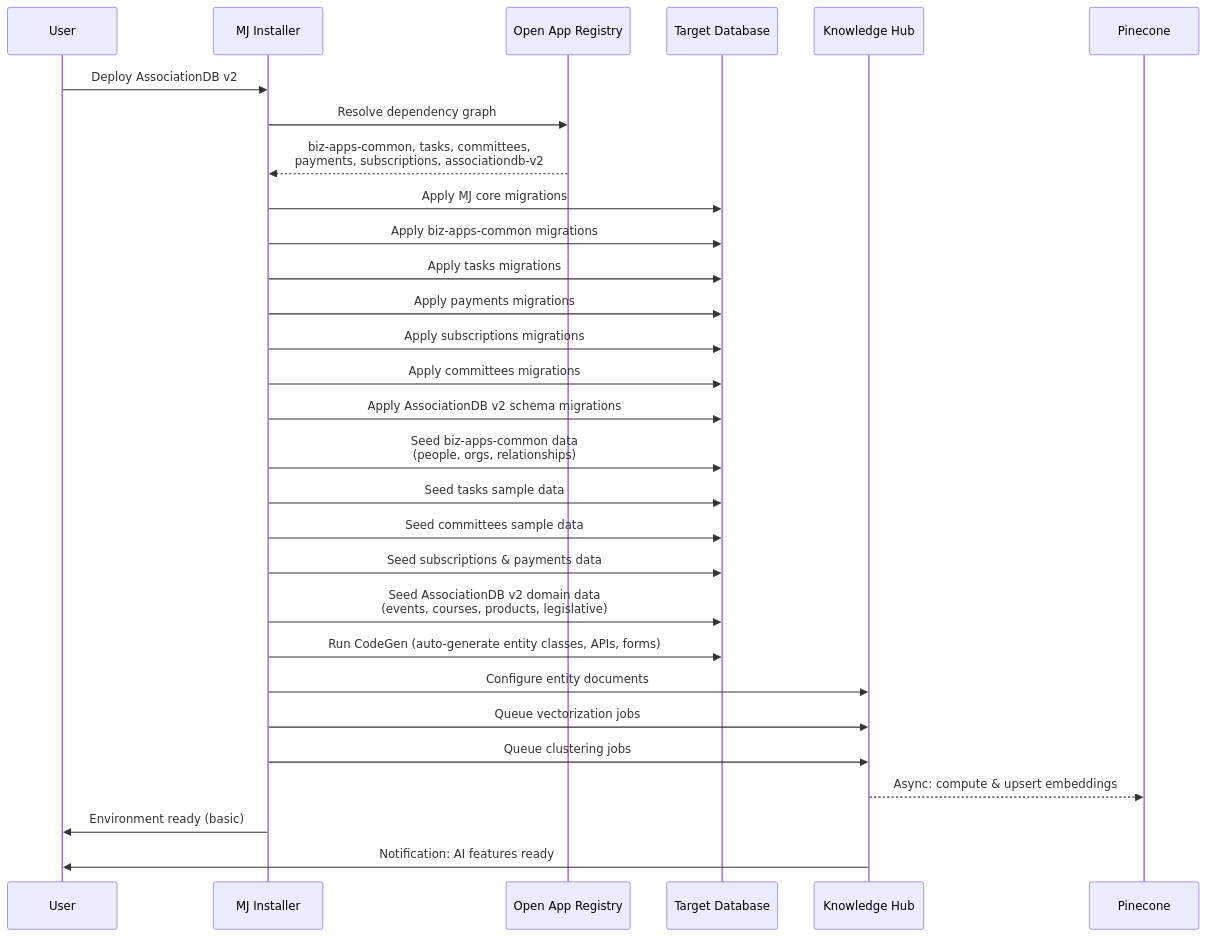
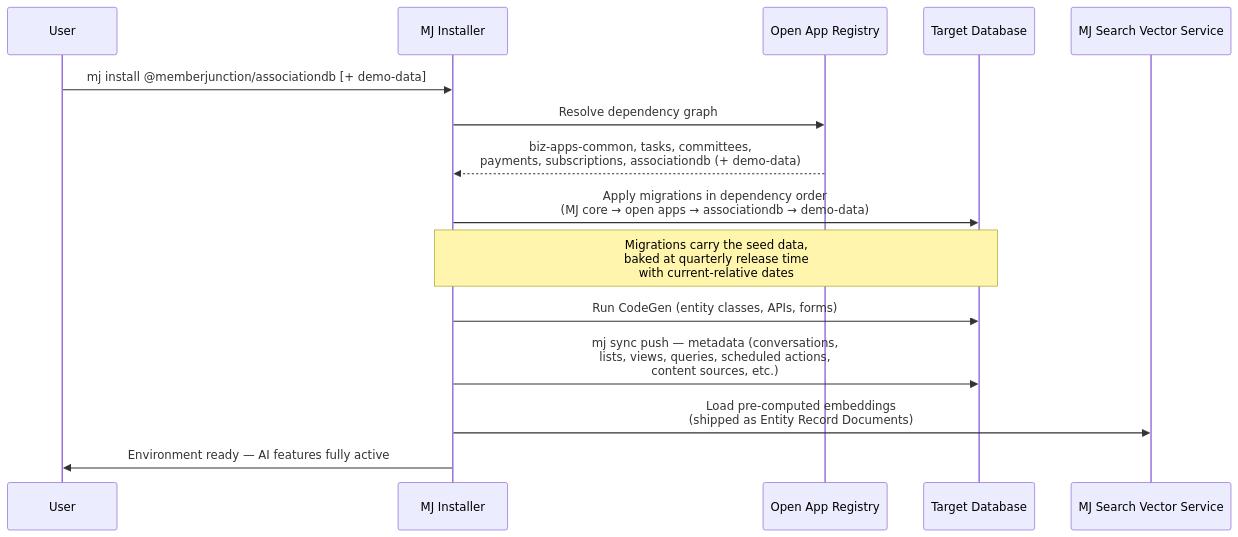
One commit to MemberJunction/MJ changed the third of 8 diagrams in plans/association-db/v2-plan.md. Above: the diagram before and after it, drawn with Mermaid. The commit also changed other lines of this file, not shown here.

````diff
--- a/plans/association-db/v2-plan.md
+++ b/plans/association-db/v2-plan.md
@@ -193,32 +196,18 @@
 ```mermaid
 sequenceDiagram
     participant User
     participant Installer as MJ Installer
     participant Registry as Open App Registry
     participant DB as Target Database
-    participant KH as Knowledge Hub
-    participant Pinecone
+    participant SVS as MJ Search Vector Service
 
-    User->>Installer: Deploy AssociationDB v2
+    User->>Installer: mj install @memberjunction/associationdb [+ demo-data]
     Installer->>Registry: Resolve dependency graph
-    Registry-->>Installer: biz-apps-common, tasks, committees,<br/>payments, subscriptions, associationdb-v2
-    Installer->>DB: Apply MJ core migrations
-    Installer->>DB: Apply biz-apps-common migrations
-    Installer->>DB: Apply tasks migrations
-    Installer->>DB: Apply payments migrations
-    Installer->>DB: Apply subscriptions migrations
-    Installer->>DB: Apply committees migrations
-    Installer->>DB: Apply AssociationDB v2 schema migrations
-    Installer->>DB: Seed biz-apps-common data<br/>(people, orgs, relationships)
-    Installer->>DB: Seed tasks sample data
-    Installer->>DB: Seed committees sample data
-    Installer->>DB: Seed subscriptions & payments data
-    Installer->>DB: Seed AssociationDB v2 domain data<br/>(events, courses, products, legislative)
-    Installer->>DB: Run CodeGen (auto-generate entity classes, APIs, forms)
-    Installer->>KH: Configure entity documents
-    Installer->>KH: Queue vectorization jobs
-    Installer->>KH: Queue clustering jobs
-    KH-->>Pinecone: Async: compute & upsert embeddings
-    Installer->>User: Environment ready (basic)
-    KH->>User: Notification: AI features ready
+    Registry-->>Installer: biz-apps-common, tasks, committees,<br/>payments, subscriptions, associationdb (+ demo-data)
+    Installer->>DB: Apply migrations in dependency order<br/>(MJ core → open apps → associationdb → demo-data)
+    Note over Installer,DB: Migrations carry the seed data,<br/>baked at quarterly release time<br/>with current-relative dates
+    Installer->>DB: Run CodeGen (entity classes, APIs, forms)
+    Installer->>DB: mj sync push — metadata (conversations,<br/>lists, views, queries, scheduled actions,<br/>content sources, etc.)
+    Installer->>SVS: Load pre-computed embeddings<br/>(shipped as Entity Record Documents)
+    Installer->>User: Environment ready — AI features fully active
 ```
````
